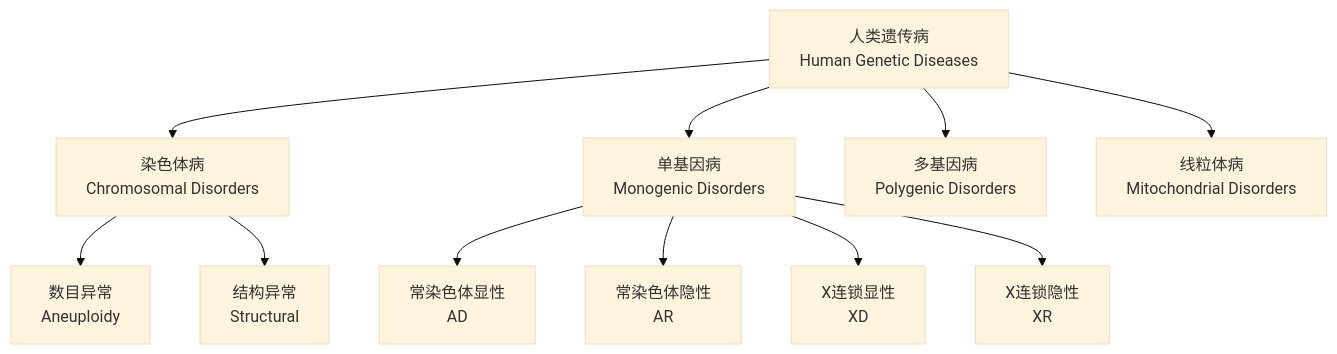
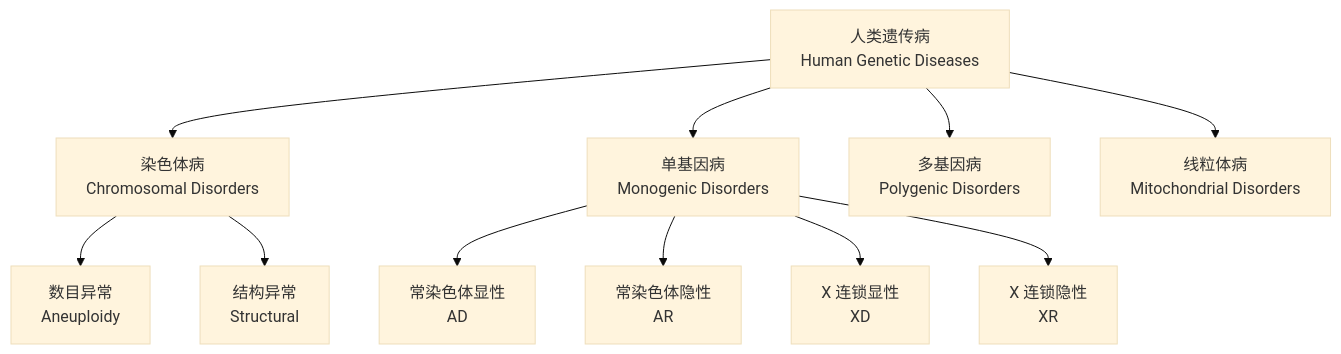
Before and after one commit to Tianshang301/TianshangKnowledgeBase: the first of 2 diagrams in 02_NaturalSciences/Biology/Genetics/人类遗传病与基因诊断.md, drawn with Mermaid (base theme). The commit also changed other lines of this file and 2257 other files, not shown here.

````diff
--- a/02_NaturalSciences/Biology/Genetics/人类遗传病与基因诊断.md
+++ b/02_NaturalSciences/Biology/Genetics/人类遗传病与基因诊断.md
@@ -12,13 +12,13 @@
 ```mermaid
 flowchart TD
     A["人类遗传病<br/>Human Genetic Diseases"] --> B["染色体病<br/>Chromosomal Disorders"]
     A --> C["单基因病<br/>Monogenic Disorders"]
     A --> D["多基因病<br/>Polygenic Disorders"]
     A --> E["线粒体病<br/>Mitochondrial Disorders"]
     B --> F["数目异常<br/>Aneuploidy"]
     B --> G["结构异常<br/>Structural"]
     C --> H["常染色体显性<br/>AD"]
     C --> I["常染色体隐性<br/>AR"]
-    C --> J["X连锁显性<br/>XD"]
-    C --> K["X连锁隐性<br/>XR"]
+    C --> J["X 连锁显性<br/>XD"]
+    C --> K["X 连锁隐性<br/>XR"]
 ```
````
